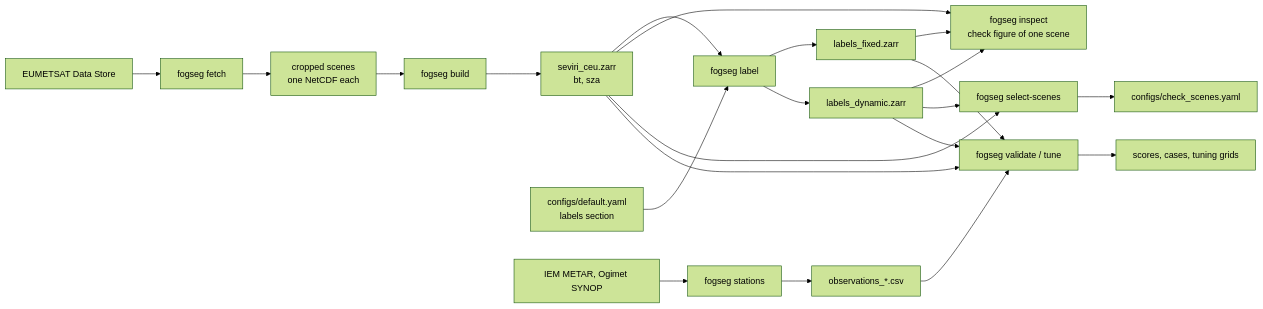
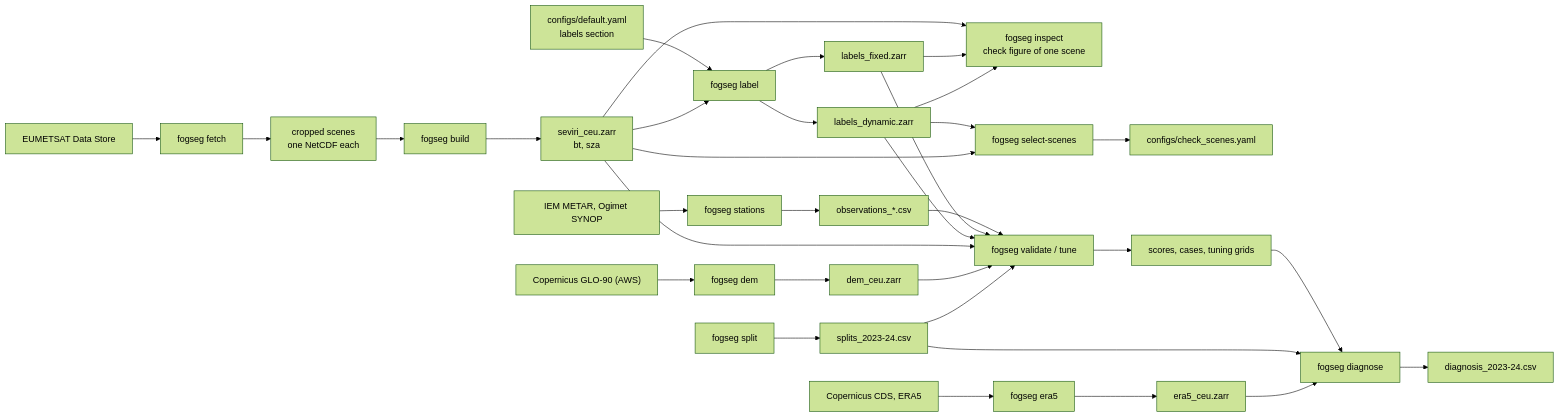
Before and after one commit to muhammettcepi/seviri-fog-segmentation: the diagram in README.md, drawn with Mermaid (forest theme). The commit also changed other lines of this file and 4 other files, not shown here.

````diff
--- a/README.md
+++ b/README.md
@@ -93,24 +99,35 @@
 ```mermaid
 flowchart LR
     store["EUMETSAT Data Store"] --> fetch["fogseg fetch"]
     fetch --> scenes["cropped scenes<br/>one NetCDF each"]
     scenes --> build["fogseg build"]
     build --> data["seviri_ceu.zarr<br/>bt, sza"]
     config["configs/default.yaml<br/>labels section"] --> label["fogseg label"]
     data --> label
     label --> fixed["labels_fixed.zarr"]
     label --> dynamic["labels_dynamic.zarr"]
     data --> inspect["fogseg inspect<br/>check figure of one scene"]
     fixed --> inspect
     dynamic --> inspect
     dynamic --> select["fogseg select-scenes"]
     data --> select
     select --> check["configs/check_scenes.yaml"]
     iem["IEM METAR, Ogimet SYNOP"] --> stations["fogseg stations"]
     stations --> obs["observations_*.csv"]
     obs --> validate["fogseg validate / tune"]
     fixed --> validate
     dynamic --> validate
     data --> validate
     validate --> scores["scores, cases, tuning grids"]
+    glo["Copernicus GLO-90 (AWS)"] --> dem["fogseg dem"]
+    dem --> demstore["dem_ceu.zarr"]
+    demstore --> validate
+    cds["Copernicus CDS, ERA5"] --> era5["fogseg era5"]
+    era5 --> era5store["era5_ceu.zarr"]
+    split["fogseg split"] --> folds["splits_2023-24.csv"]
+    folds --> validate
+    scores --> diagnose["fogseg diagnose"]
+    folds --> diagnose
+    era5store --> diagnose
+    diagnose --> diagnosis["diagnosis_2023-24.csv"]
 ```
````
